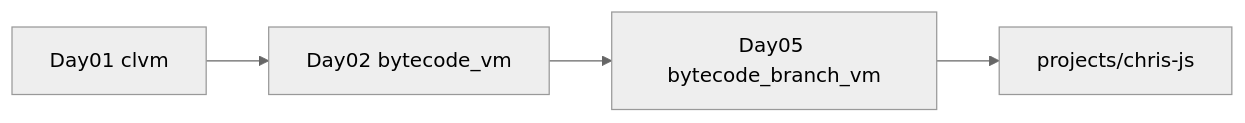
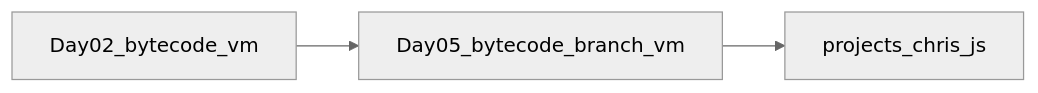
One commit to christianrss/chris-low-level changed the fourth of 8 diagrams in docs/LEARNING_PATHS.md. Above: the diagram before and after it, drawn with Mermaid (neutral theme). The commit also changed other lines of this file and 198 other files, not shown here.

````diff
--- a/docs/LEARNING_PATHS.md
+++ b/docs/LEARNING_PATHS.md
@@ -47,6 +63,5 @@
 ```mermaid
 flowchart LR
-  clvm[Day01 clvm] --> jsvm[Day02 bytecode_vm]
-  jsvm --> branch[Day05 bytecode_branch_vm]
-  branch --> capstone[projects/chris-js]
+  jsvm[Day02_bytecode_vm] --> branch[Day05_bytecode_branch_vm]
+  branch --> capjs[projects_chris_js]
 ```
````
